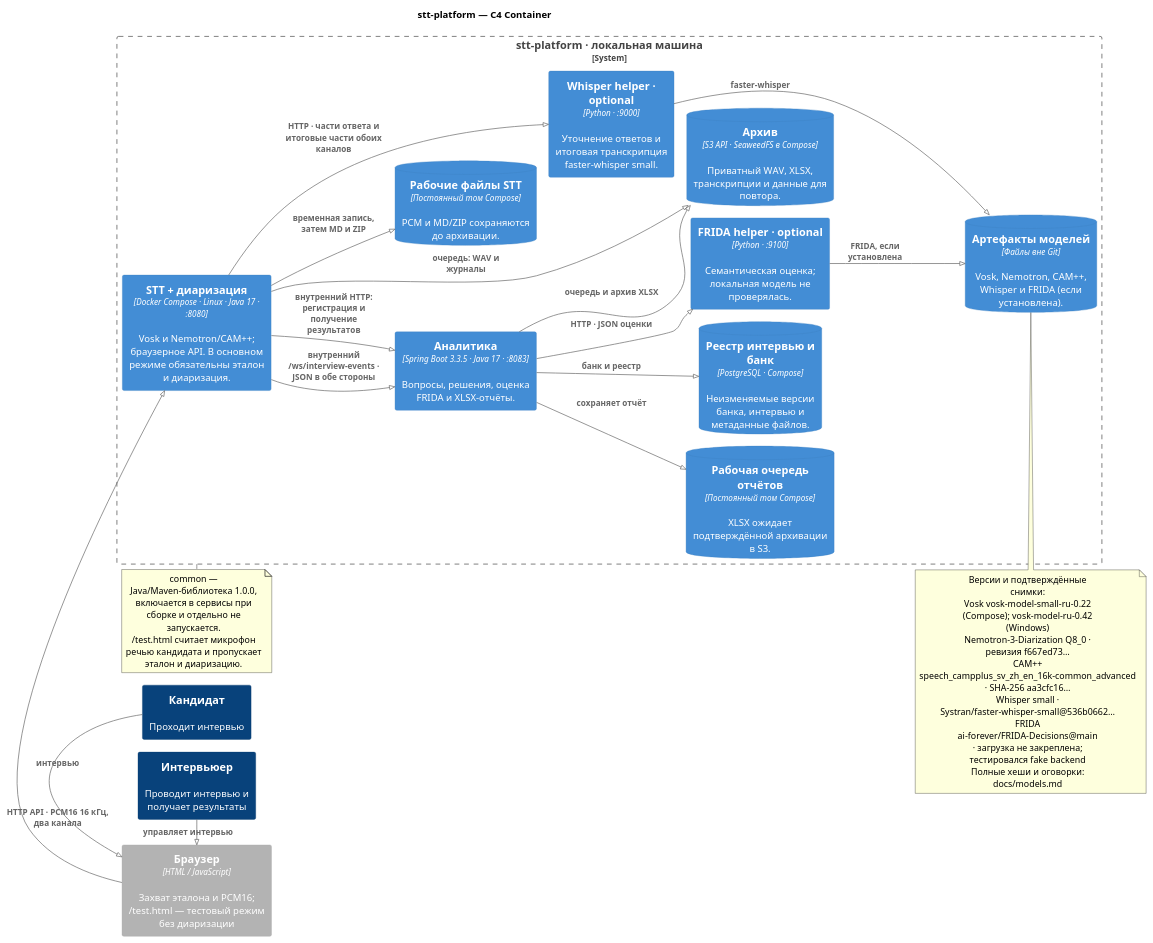
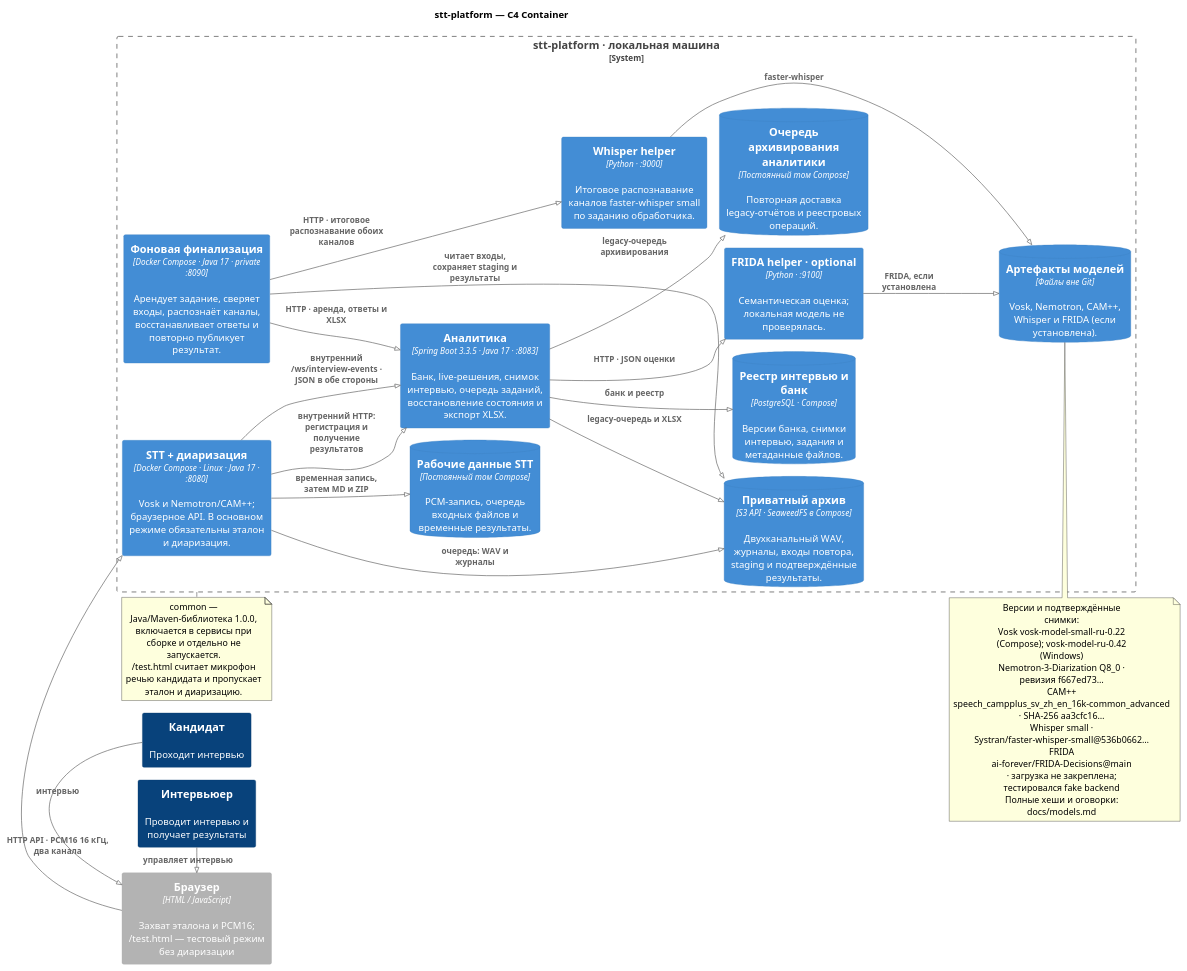
The diagram in docs/diagrams/stt-platform-c4.puml (ArtemSorin/stt-platform), drawn with PlantUML before and after one commit. The commit also changed 60 other files, not shown here.

```diff
--- a/docs/diagrams/stt-platform-c4.puml
+++ b/docs/diagrams/stt-platform-c4.puml
@@ -1,56 +1,59 @@
 @startuml stt-platform-c4
 !pragma layout smetana
 !include <C4/C4_Container>
 
 title stt-platform — C4 Container
 LAYOUT_LEFT_RIGHT()
 HIDE_PERSON_SPRITE()
 HIDE_STEREOTYPE()
 
 Person(candidate, "Кандидат", "Проходит интервью")
 Person(interviewer, "Интервьюер", "Проводит интервью и получает результаты")
 Container_Ext(browser, "Браузер", "HTML / JavaScript", "Захват эталона и PCM16; /test.html — тестовый режим без диаризации")
 
 System_Boundary(platform, "stt-platform · локальная машина") {
     Container(stt, "STT + диаризация", "Docker Compose · Linux · Java 17 · :8080", "Vosk и Nemotron/CAM++; браузерное API. В основном режиме обязательны эталон и диаризация.")
-    Container(analytics, "Аналитика", "Spring Boot 3.3.5 · Java 17 · :8083", "Вопросы, решения, оценка FRIDA и XLSX-отчёты.")
-    Container(whisper, "Whisper helper · optional", "Python · :9000", "Уточнение ответов и итоговая транскрипция faster-whisper small.")
+    Container(analytics, "Аналитика", "Spring Boot 3.3.5 · Java 17 · :8083", "Банк, live-решения, снимок интервью, очередь заданий, восстановление состояния и экспорт XLSX.")
+    Container(worker, "Фоновая финализация", "Docker Compose · Java 17 · private :8090", "Арендует задание, сверяет входы, распознаёт каналы, восстанавливает ответы и повторно публикует результат.")
+    Container(whisper, "Whisper helper", "Python · :9000", "Итоговое распознавание каналов faster-whisper small по заданию обработчика.")
     Container(frida, "FRIDA helper · optional", "Python · :9100", "Семантическая оценка; локальная модель не проверялась.")
     ContainerDb(models, "Артефакты моделей", "Файлы вне Git", "Vosk, Nemotron, CAM++, Whisper и FRIDA (если установлена).")
-    ContainerDb(reports, "Рабочая очередь отчётов", "Постоянный том Compose", "XLSX ожидает подтверждённой архивации в S3.")
-    ContainerDb(transcripts, "Рабочие файлы STT", "Постоянный том Compose", "PCM и MD/ZIP сохраняются до архивации.")
-    ContainerDb(database, "Реестр интервью и банк", "PostgreSQL · Compose", "Неизменяемые версии банка, интервью и метаданные файлов.")
-    ContainerDb(objects, "Архив", "S3 API · SeaweedFS в Compose", "Приватный WAV, XLSX, транскрипции и данные для повтора.")
+    ContainerDb(reports, "Очередь архивирования аналитики", "Постоянный том Compose", "Повторная доставка legacy-отчётов и реестровых операций.")
+    ContainerDb(transcripts, "Рабочие данные STT", "Постоянный том Compose", "PCM-запись, очередь входных файлов и временные результаты.")
+    ContainerDb(database, "Реестр интервью и банк", "PostgreSQL · Compose", "Версии банка, снимки интервью, задания и метаданные файлов.")
+    ContainerDb(objects, "Приватный архив", "S3 API · SeaweedFS в Compose", "Двухканальный WAV, журналы, входы повтора, staging и подтверждённые результаты.")
 }
 
 Rel_R(candidate, browser, "интервью")
 Rel_R(interviewer, browser, "управляет интервью")
 Rel_R(browser, stt, "HTTP API · PCM16 16 кГц, два канала")
 Rel_R(stt, analytics, "внутренний /ws/interview-events · JSON в обе стороны")
-Rel_D(stt, whisper, "HTTP · части ответа и итоговые части обоих каналов")
+Rel_D(worker, whisper, "HTTP · итоговое распознавание обоих каналов")
+Rel_D(worker, analytics, "HTTP · аренда, ответы и XLSX")
+Rel_D(worker, objects, "читает входы, сохраняет staging и результаты")
 Rel_D(stt, transcripts, "временная запись, затем MD и ZIP")
 Rel_D(analytics, frida, "HTTP · JSON оценки")
-Rel_D(analytics, reports, "сохраняет отчёт")
+Rel_D(analytics, reports, "legacy-очередь архивирования")
 Rel_D(analytics, database, "банк и реестр")
-Rel_D(analytics, objects, "очередь и архив XLSX")
+Rel_D(analytics, objects, "legacy-очередь и XLSX")
 Rel_D(stt, objects, "очередь: WAV и журналы")
 Rel_D(stt, analytics, "внутренний HTTP: регистрация и получение результатов")
 Rel_D(whisper, models, "faster-whisper")
 Rel_D(frida, models, "FRIDA, если установлена")
 
 note bottom of models
   Версии и подтверждённые снимки:
   Vosk vosk-model-small-ru-0.22 (Compose); vosk-model-ru-0.42 (Windows)
   Nemotron-3-Diarization Q8_0 · ревизия f667ed73…
   CAM++ speech_campplus_sv_zh_en_16k-common_advanced · SHA-256 aa3cfc16…
   Whisper small · Systran/faster-whisper-small@536b0662…
   FRIDA ai-forever/FRIDA-Decisions@main · загрузка не закреплена; тестировался fake backend
   Полные хеши и оговорки: docs/models.md
 end note
 
 note bottom of platform
   common — Java/Maven-библиотека 1.0.0, включается в сервисы при сборке и отдельно не запускается.
   /test.html считает микрофон речью кандидата и пропускает эталон и диаризацию.
 end note
 
 @enduml
```
